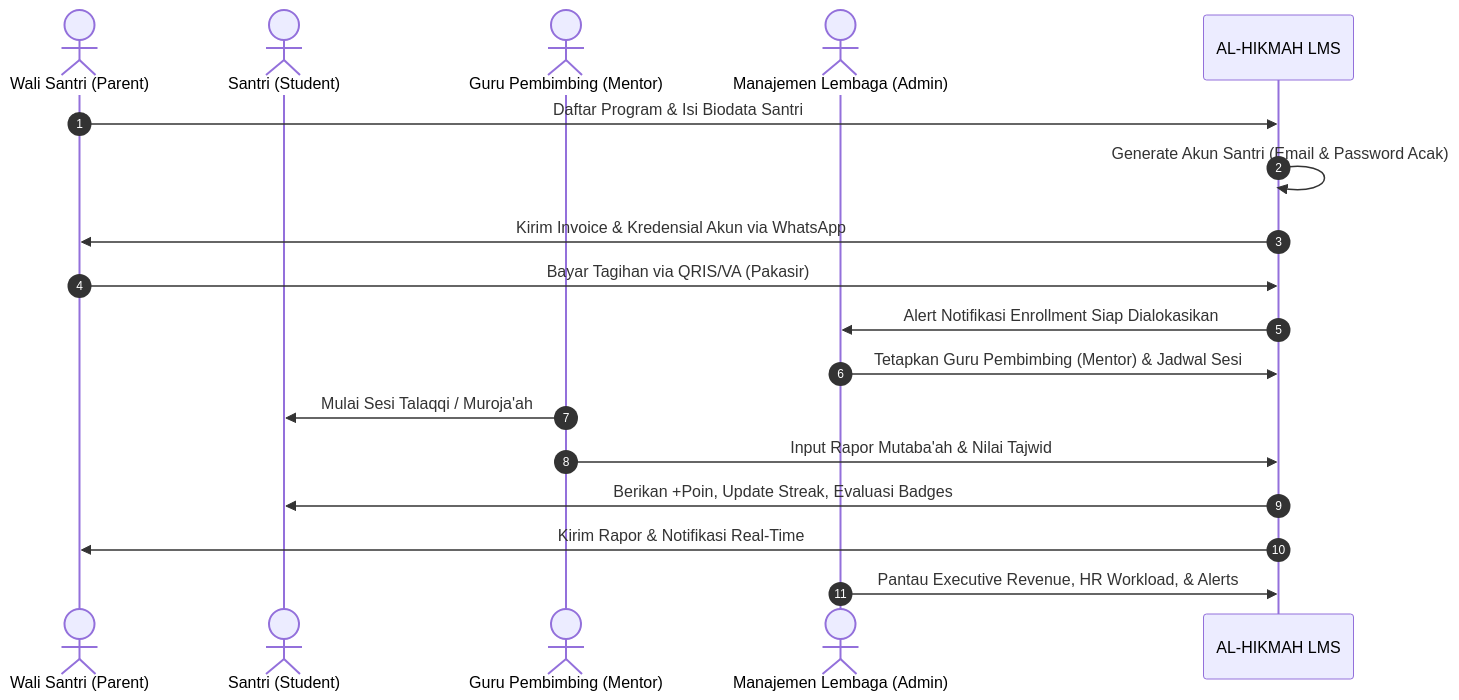
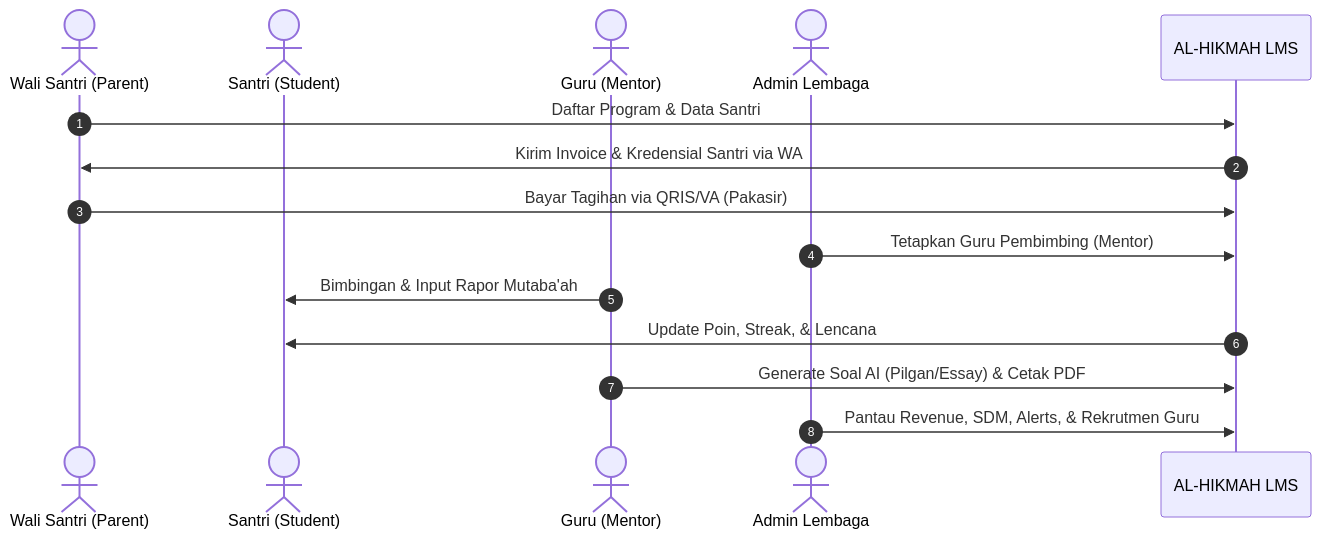
Before and after one commit to MasDan-stack/al-hikmah-lms: the third of 3 diagrams in tentang.md, drawn with Mermaid. The commit also changed other lines of this file and 68 other files, not shown here.

````diff
--- a/tentang.md
+++ b/tentang.md
@@ -240,21 +404,18 @@
 ```mermaid
 sequenceDiagram
     autonumber
     actor Wali as Wali Santri (Parent)
     actor Santri as Santri (Student)
-    actor Mentor as Guru Pembimbing (Mentor)
-    actor Admin as Manajemen Lembaga (Admin)
+    actor Guru as Guru (Mentor)
+    actor Admin as Admin Lembaga
     participant Sistem as AL-HIKMAH LMS
 
-    Wali->>Sistem: Daftar Program & Isi Biodata Santri
-    Sistem->>Sistem: Generate Akun Santri (Email & Password Acak)
-    Sistem->>Wali: Kirim Invoice & Kredensial Akun via WhatsApp
+    Wali->>Sistem: Daftar Program & Data Santri
+    Sistem->>Wali: Kirim Invoice & Kredensial Santri via WA
     Wali->>Sistem: Bayar Tagihan via QRIS/VA (Pakasir)
-    Sistem->>Admin: Alert Notifikasi Enrollment Siap Dialokasikan
-    Admin->>Sistem: Tetapkan Guru Pembimbing (Mentor) & Jadwal Sesi
-    Mentor->>Santri: Mulai Sesi Talaqqi / Muroja'ah
-    Mentor->>Sistem: Input Rapor Mutaba'ah & Nilai Tajwid
-    Sistem->>Santri: Berikan +Poin, Update Streak, Evaluasi Badges
-    Sistem->>Wali: Kirim Rapor & Notifikasi Real-Time
-    Admin->>Sistem: Pantau Executive Revenue, HR Workload, & Alerts
+    Admin->>Sistem: Tetapkan Guru Pembimbing (Mentor)
+    Guru->>Santri: Bimbingan & Input Rapor Mutaba'ah
+    Sistem->>Santri: Update Poin, Streak, & Lencana
+    Guru->>Sistem: Generate Soal AI (Pilgan/Essay) & Cetak PDF
+    Admin->>Sistem: Pantau Revenue, SDM, Alerts, & Rekrutmen Guru
 ```
````
